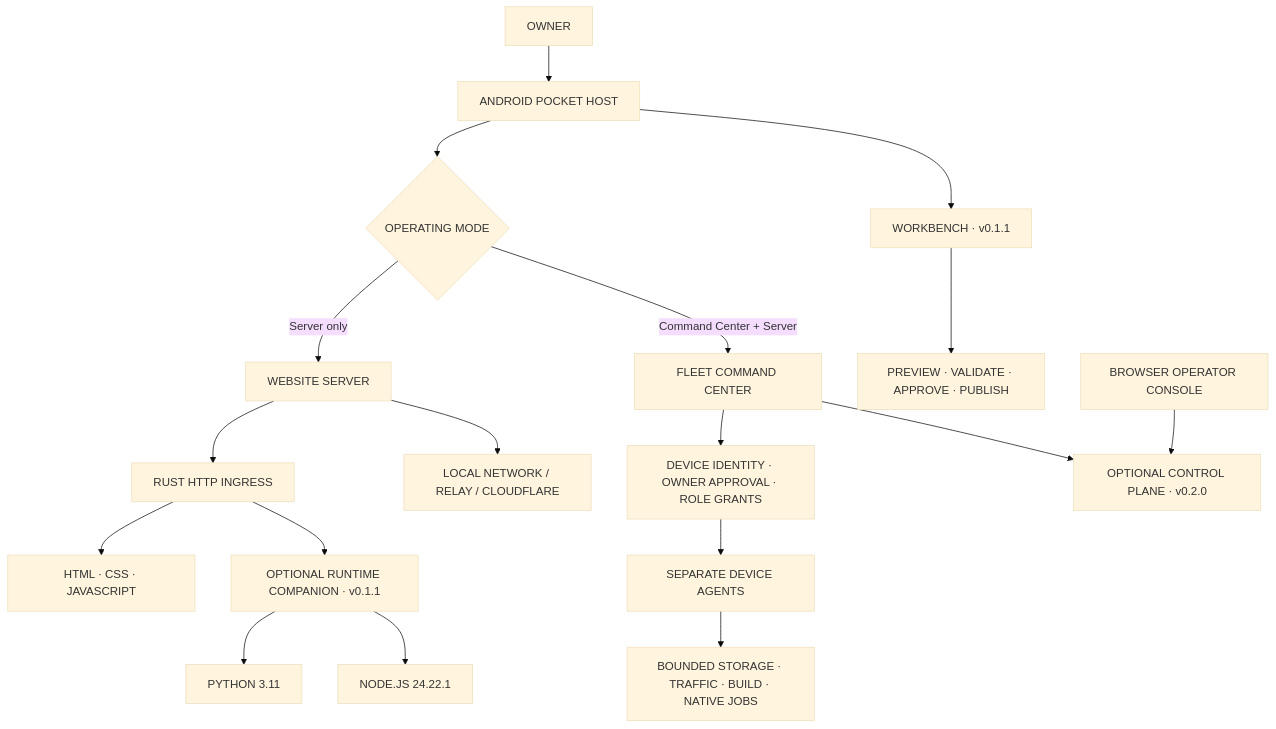
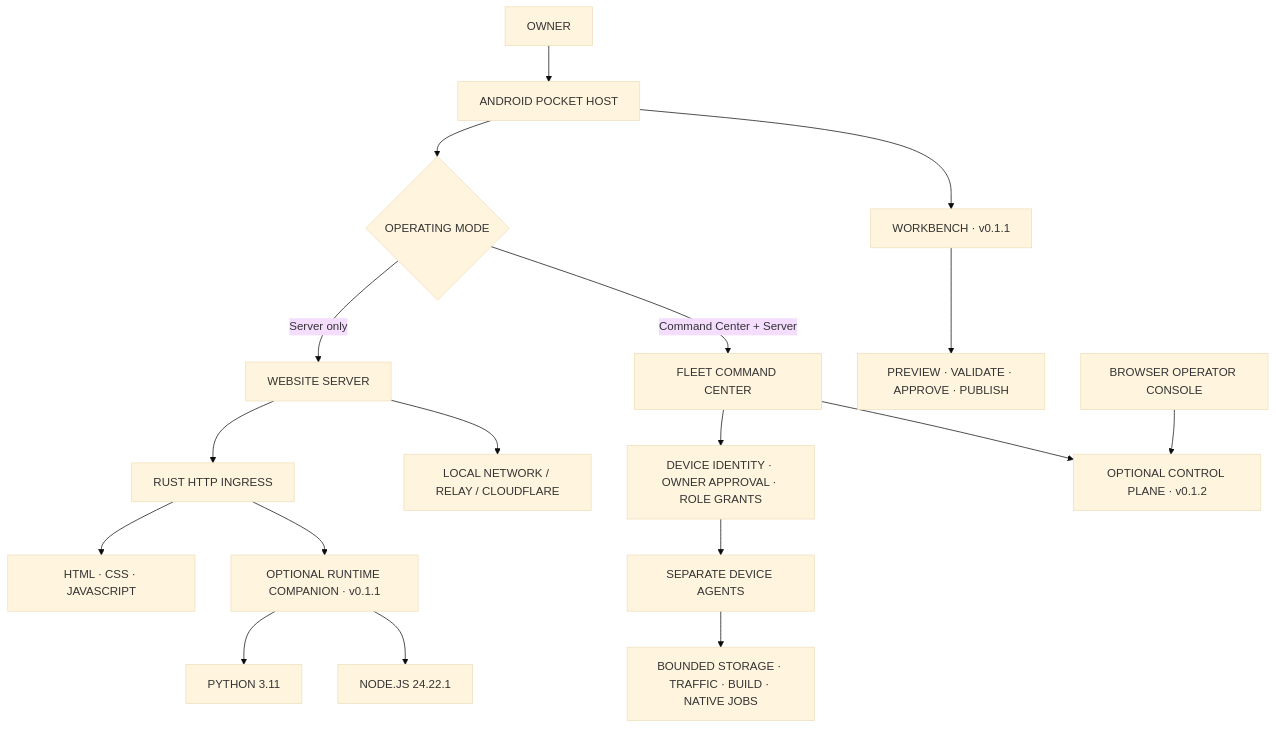
Before and after one commit to AssayFlux/PocketHost: the diagram in README.md, drawn with Mermaid (base theme). The commit also changed other lines of this file and 6 other files, not shown here.

```diff
--- a/README.md
+++ b/README.md
@@ -190,20 +194,20 @@
 ~~~mermaid
 flowchart TB
     OWNER["OWNER"] --> MOBILE["ANDROID POCKET HOST"]
     MOBILE --> MODE{"OPERATING MODE"}
     MODE -->|"Server only"| SERVER["WEBSITE SERVER"]
     MODE -->|"Command Center + Server"| COMMAND["FLEET COMMAND CENTER"]
     COMMAND --> TRUST["DEVICE IDENTITY · OWNER APPROVAL · ROLE GRANTS"]
     TRUST --> AGENTS["SEPARATE DEVICE AGENTS"]
     AGENTS --> ROLES["BOUNDED STORAGE · TRAFFIC · BUILD · NATIVE JOBS"]
     SERVER --> RUST["RUST HTTP INGRESS"]
     RUST --> STATIC["HTML · CSS · JAVASCRIPT"]
     MOBILE --> WB["WORKBENCH · v0.1.1"]
     WB --> RELEASE["PREVIEW · VALIDATE · APPROVE · PUBLISH"]
     RUST --> COMPANION["OPTIONAL RUNTIME COMPANION · v0.1.1"]
     COMPANION --> PY["PYTHON 3.11"]
     COMPANION --> NODE["NODE.JS 24.22.1"]
     SERVER --> INGRESS["LOCAL NETWORK / RELAY / CLOUDFLARE"]
-    COMMAND --> CONTROL["OPTIONAL CONTROL PLANE · v0.2.0"]
+    COMMAND --> CONTROL["OPTIONAL CONTROL PLANE · v0.1.2"]
     CONSOLE["BROWSER OPERATOR CONSOLE"] --> CONTROL
 ~~~
```
